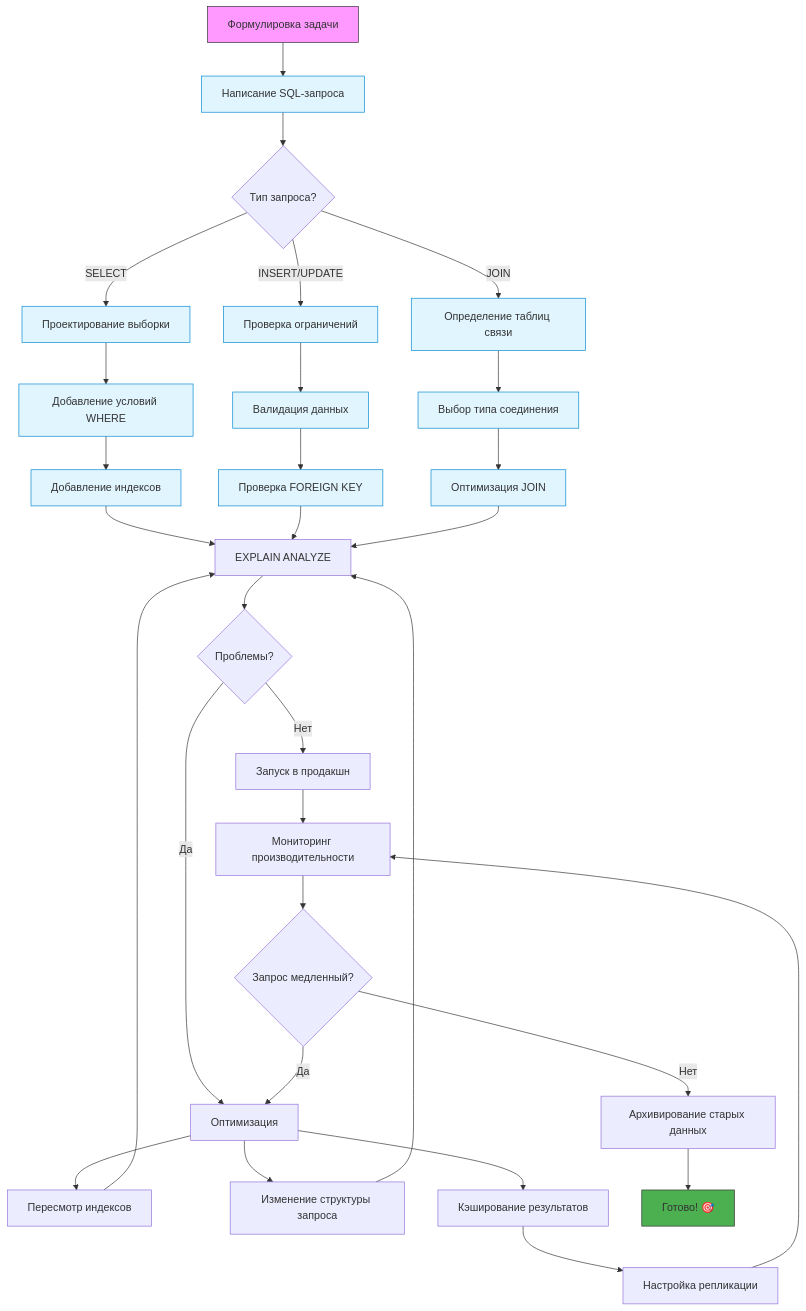
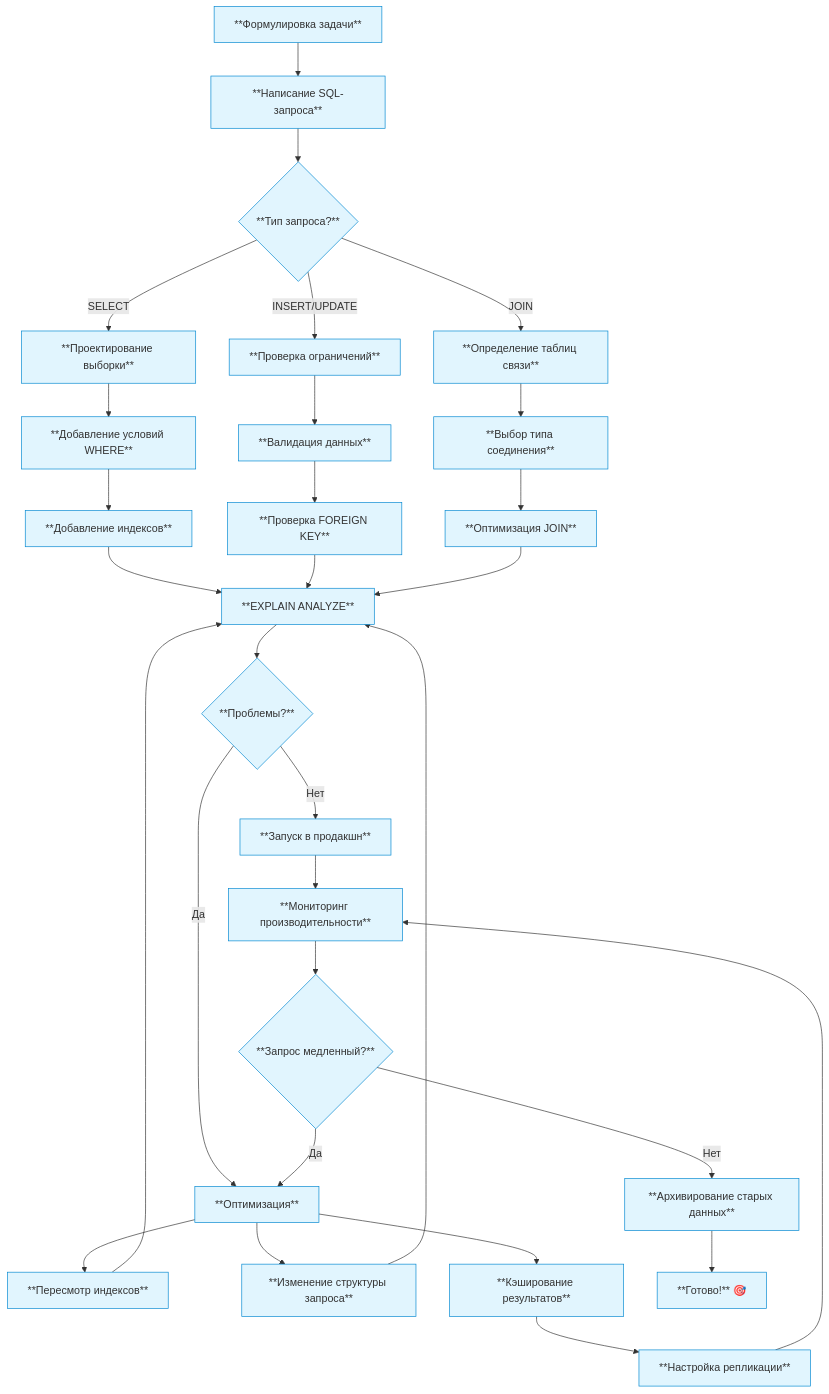
One commit to b221b/b221b changed the diagram in README.md. Above: the diagram before and after it, drawn with Mermaid.

````diff
--- a/README.md
+++ b/README.md
@@ -131,45 +131,45 @@
 ```mermaid
 graph TD
-    A[Формулировка задачи] --> B[Написание SQL-запроса]
-    B --> C{Тип запроса?}
-    C -->|SELECT| D[Проектирование выборки]
-    C -->|INSERT/UPDATE| E[Проверка ограничений]
-    C -->|JOIN| F[Определение таблиц связи]
+    A[**Формулировка задачи**] --> B[**Написание SQL-запроса**]
+    B --> C{**Тип запроса?**}
+    C -->|SELECT| D[**Проектирование выборки**]
+    C -->|INSERT/UPDATE| E[**Проверка ограничений**]
+    C -->|JOIN| F[**Определение таблиц связи**]
     
-    D --> G[Добавление условий WHERE]
-    E --> H[Валидация данных]
-    F --> I[Выбор типа соединения]
+    D --> G[**Добавление условий WHERE**]
+    E --> H[**Валидация данных**]
+    F --> I[**Выбор типа соединения**]
     
-    G --> J[Добавление индексов]
-    H --> K[Проверка FOREIGN KEY]
-    I --> L[Оптимизация JOIN]
+    G --> J[**Добавление индексов**]
+    H --> K[**Проверка FOREIGN KEY**]
+    I --> L[**Оптимизация JOIN**]
     
-    J --> M[EXPLAIN ANALYZE]
+    J --> M[**EXPLAIN ANALYZE**]
     K --> M
     L --> M
     
-    M --> N{Проблемы?}
-    N -->|Нет| O[Запуск в продакшн]
-    N -->|Да| P[Оптимизация]
+    M --> N{**Проблемы?**}
+    N -->|Нет| O[**Запуск в продакшн**]
+    N -->|Да| P[**Оптимизация**]
     
-    P --> Q[Пересмотр индексов]
-    P --> R[Изменение структуры запроса]
-    P --> S[Кэширование результатов]
+    P --> Q[**Пересмотр индексов**]
+    P --> R[**Изменение структуры запроса**]
+    P --> S[**Кэширование результатов**]
     
     Q --> M
     R --> M
-    S --> T[Настройка репликации]
+    S --> T[**Настройка репликации**]
     
-    O --> U[Мониторинг производительности]
+    O --> U[**Мониторинг производительности**]
     T --> U
-    U --> V{Запрос медленный?}
+    U --> V{**Запрос медленный?**}
     V -->|Да| P
-    V -->|Нет| W[Архивирование старых данных]
+    V -->|Нет| W[**Архивирование старых данных**]
     
-    W --> X[Готово! 🎯]
+    W --> X[**Готово!** 🎯]
     
-    style A fill:#f9f,stroke:#333
-    style X fill:#4CAF50,stroke:#333
-    classDef query fill:#E1F5FE,stroke:#0288D1
-    class B,D,E,F,G,H,I,J,K,L query
+    style A fill:#E1F5FE,stroke:#0288D1
+    style X fill:#E1F5FE,stroke:#0288D1
+    style C fill:#E1F5FE,stroke:#0288D1
+    classDef default fill:#E1F5FE,stroke:#0288D1,color:#333
 ```
````
